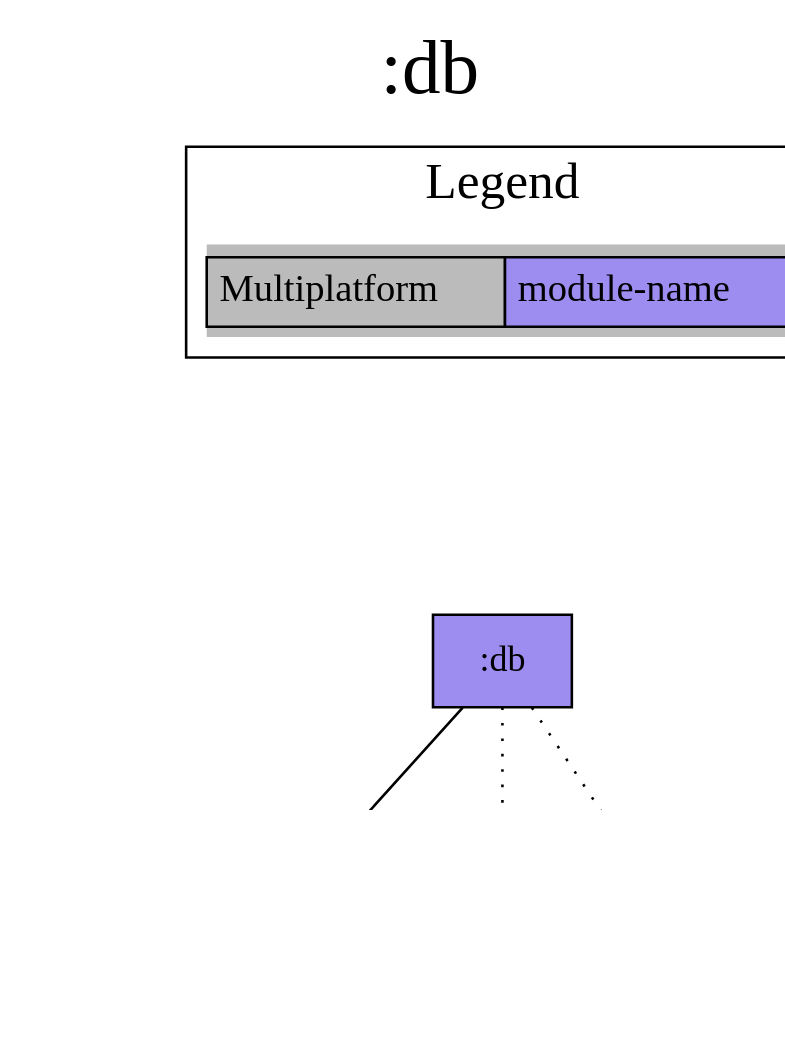
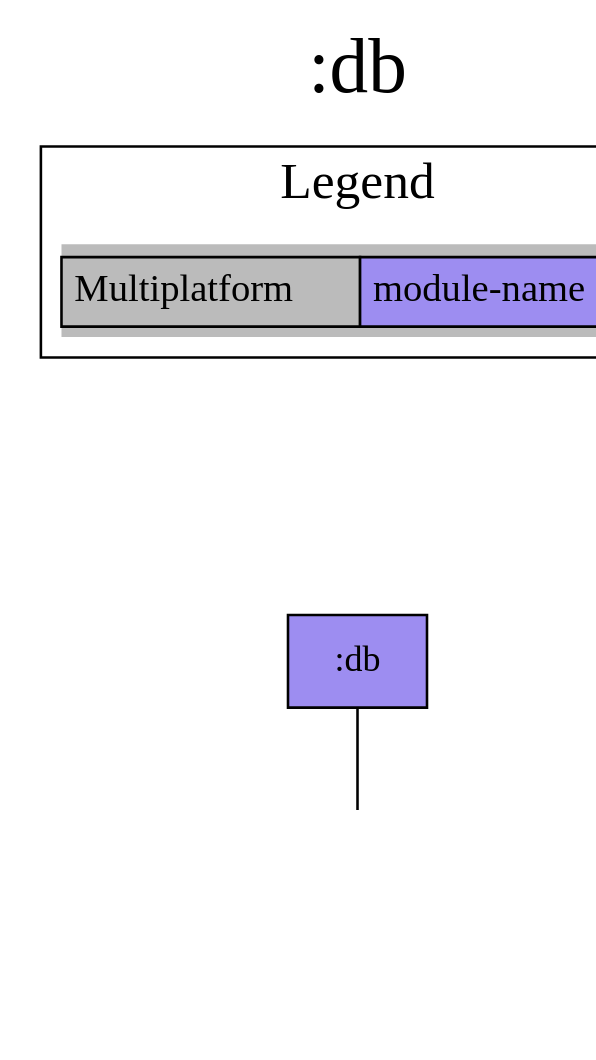
One commit to jonapoul/aktual changed the diagram in modules/db/project-dependency-graph.dot. Above: the diagram before and after it, drawn with Graphviz. The commit also changed 143 other files, not shown here.

```diff
--- a/modules/db/project-dependency-graph.dot
+++ b/modules/db/project-dependency-graph.dot
@@ -1,25 +1,21 @@
 digraph {
 edge ["dir"="forward"]
 graph ["dpi"="100","label"=":db","labelloc"="t","fontsize"="30","ranksep"="1.5","rankdir"="TB"]
 node ["style"="filled"]
 ":budget:model" ["fillcolor"="#9D8DF1","shape"="box"]
-":core:model" ["fillcolor"="#9D8DF1","shape"="box"]
 ":db" ["fillcolor"="#9D8DF1","shape"="box"]
-":log" ["fillcolor"="#9D8DF1","shape"="box"]
 {
 edge ["dir"="none"]
 graph ["rank"="same"]
 }
 ":db" -> ":budget:model"
-":db" -> ":core:model" ["style"="dotted"]
-":db" -> ":log" ["style"="dotted"]
 subgraph "cluster_legend" {
 edge ["dir"="none"]
 graph ["label"="Legend","fontsize"="20"]
 "Legend" ["style"="filled","fillcolor"="#bbbbbb","shape"="none","margin"="0","fontsize"="15","label"=<
 <TABLE BORDER="0" CELLBORDER="1" CELLSPACING="0" CELLPADDING="4">
 <TR><TD>Multiplatform</TD><TD BGCOLOR="#9D8DF1">module-name</TD></TR>
 </TABLE>
 >]
 } -> ":db" ["style"="invis"]
 }
```
